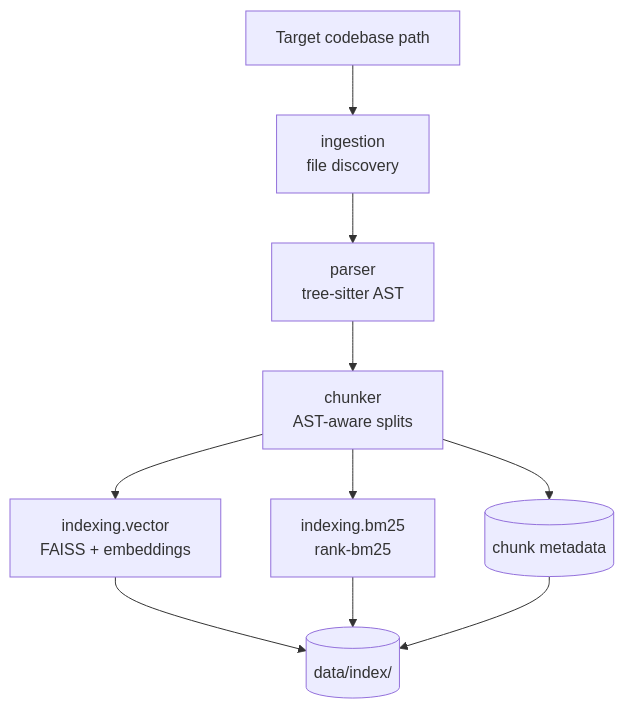
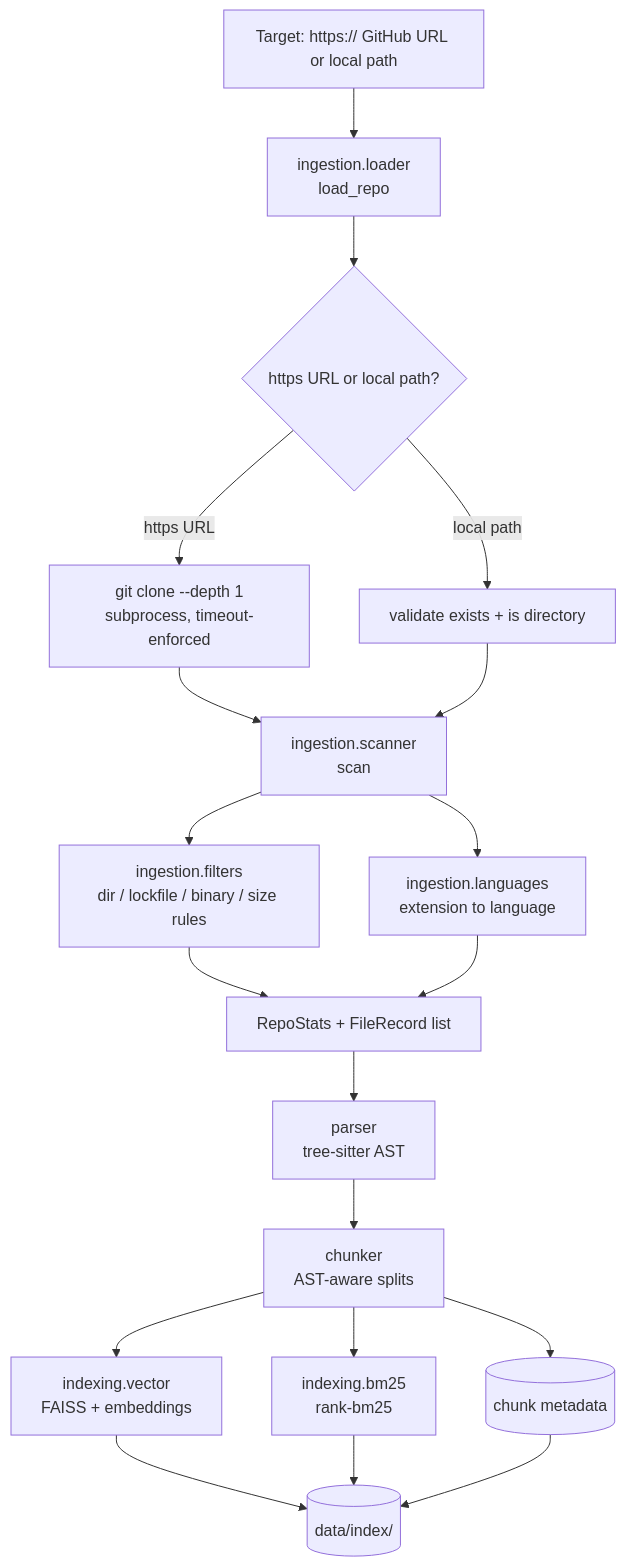
Before and after one commit to AyushShanu/CodeBase-MCP-Server: the second of 4 diagrams in FLOW.md, drawn with Mermaid. The commit also changed other lines of this file and 11 other files, not shown here.

````diff
--- a/FLOW.md
+++ b/FLOW.md
@@ -61,12 +69,21 @@
 ```mermaid
 flowchart TD
-    A[Target codebase path] --> B[ingestion<br/>file discovery]
-    B --> C[parser<br/>tree-sitter AST]
+    A[Target: https:// GitHub URL or local path] --> B1[ingestion.loader<br/>load_repo]
+    B1 --> B2{https URL or local path?}
+    B2 -->|https URL| B3[git clone --depth 1<br/>subprocess, timeout-enforced]
+    B2 -->|local path| B4[validate exists + is directory]
+    B3 --> B5[ingestion.scanner<br/>scan]
+    B4 --> B5
+    B5 --> B6[ingestion.filters<br/>dir / lockfile / binary / size rules]
+    B5 --> B7[ingestion.languages<br/>extension to language]
+    B6 --> B8[RepoStats + FileRecord list]
+    B7 --> B8
+    B8 --> C[parser<br/>tree-sitter AST]
     C --> D[chunker<br/>AST-aware splits]
     D --> E[indexing.vector<br/>FAISS + embeddings]
     D --> F[indexing.bm25<br/>rank-bm25]
     E --> G[(data/index/)]
     F --> G
     D --> H[(chunk metadata)]
     H --> G
 ```
````
